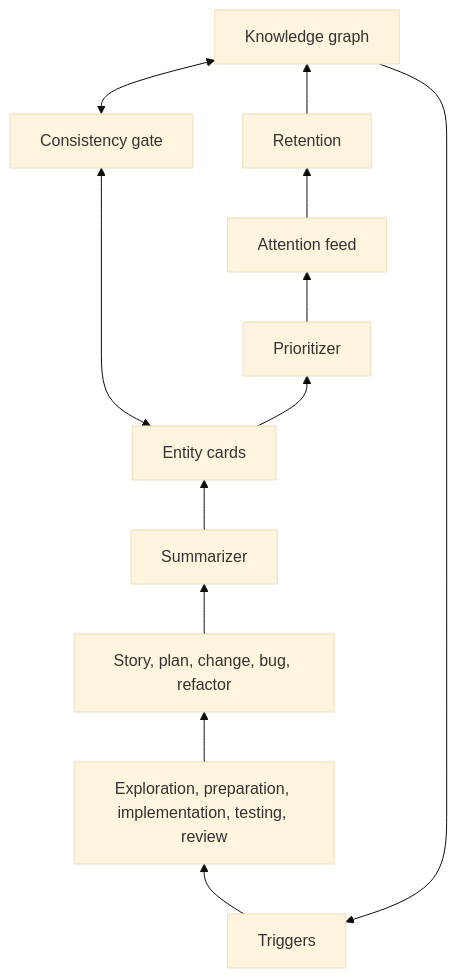
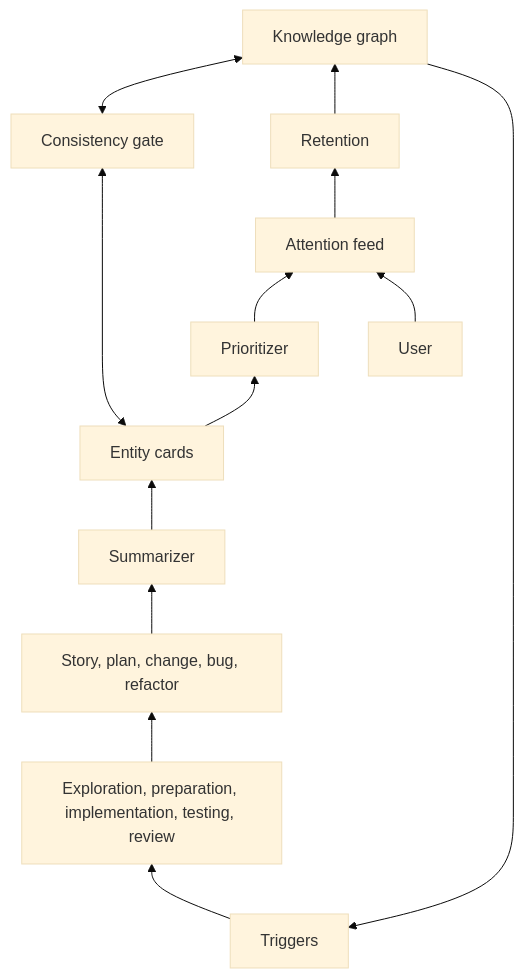
Before and after one commit to Aleksander1111/momentum: the diagram in knowledge-graph/Governance/DesignDoc/spec/components.md, drawn with Mermaid (base theme). The commit also changed other lines of this file and 1 other file, not shown here.

Commit message:
momentum: summarization run 974f55b4

````diff
--- a/knowledge-graph/Governance/DesignDoc/spec/components.md
+++ b/knowledge-graph/Governance/DesignDoc/spec/components.md
@@ -30,9 +30,9 @@
 ```mermaid
 flowchart BT
   T[Triggers] --> A[Exploration, preparation, implementation, testing, review]
-  A --> R[Story, plan, change, bug, refactor]
-  R --> S[Summarizer] --> C[Entity cards]
+  A --> R[Story, plan, change, bug, refactor] --> S[Summarizer] --> C[Entity cards]
   C <--> G[Consistency gate] <--> K[Knowledge graph]
   C --> P[Prioritizer] --> F[Attention feed]
   F --> RT[Retention] --> K --> T
+  U[User] --> F
 ```
````
